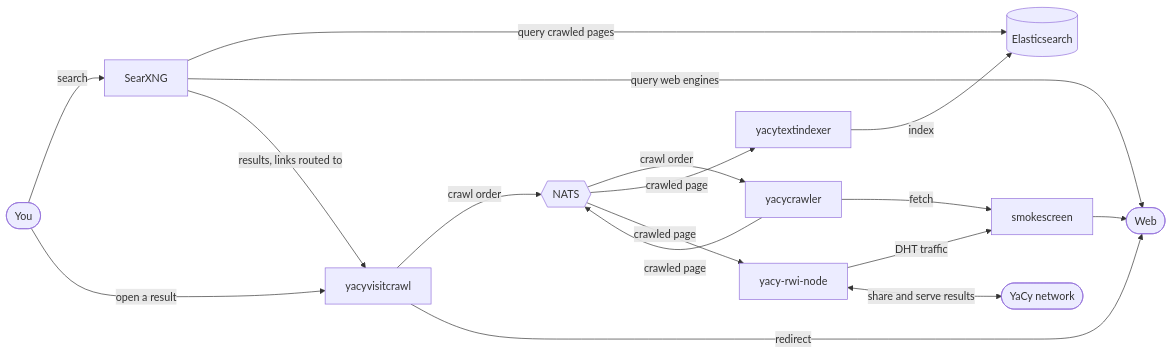
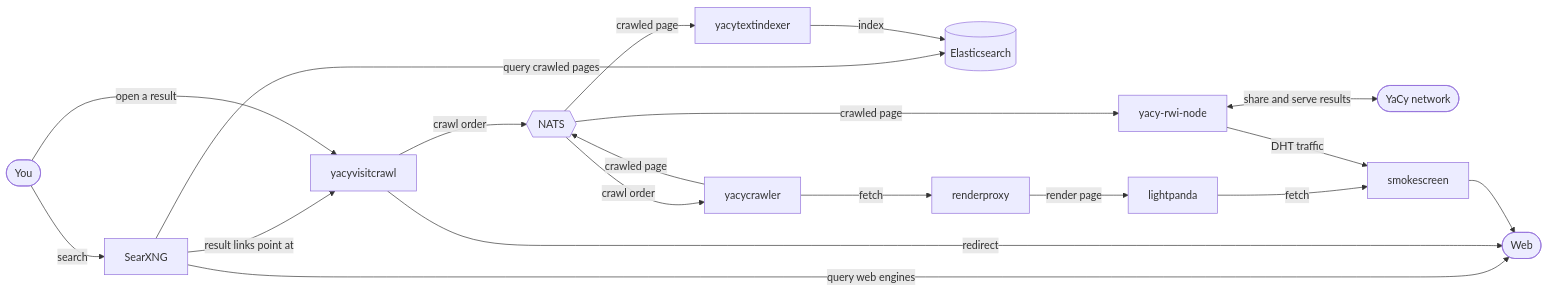
Before and after one commit to nikitakarpei/my-yacy-node: the diagram in examples/full-yacy-stack/README.md, drawn with Mermaid. The commit also changed other lines of this file and 3 other files, not shown here.

First line of the commit message:
Wire renderproxy and lightpanda into the full-yacy-stack example

````diff
--- a/examples/full-yacy-stack/README.md
+++ b/examples/full-yacy-stack/README.md
@@ -10,26 +8,28 @@
 ```mermaid
 flowchart LR
     You([You])
     Web([Web])
     Net([YaCy network])
 
     You -- search --> searxng[SearXNG]
     searxng -- query crawled pages --> elasticsearch[(Elasticsearch)]
     searxng -- query web engines --> Web
-    searxng -- results, links routed to --> yacyvisitcrawl[yacyvisitcrawl]
+    searxng -- result links point at --> yacyvisitcrawl[yacyvisitcrawl]
 
     You -- open a result --> yacyvisitcrawl
     yacyvisitcrawl -- crawl order --> nats{{NATS}}
     yacyvisitcrawl -- redirect --> Web
 
     nats -- crawl order --> yacycrawler[yacycrawler]
-    yacycrawler -- fetch --> smokescreen[smokescreen] --> Web
+    yacycrawler -- fetch --> renderproxy[renderproxy]
+    renderproxy -- render page --> lightpanda[lightpanda]
+    lightpanda -- fetch --> smokescreen[smokescreen] --> Web
     yacycrawler -- crawled page --> nats
 
     nats -- crawled page --> yacytextindexer[yacytextindexer]
     yacytextindexer -- index --> elasticsearch
 
     nats -- crawled page --> node[yacy-rwi-node]
     node -- DHT traffic --> smokescreen
     node <-- share and serve results --> Net
 ```
````
